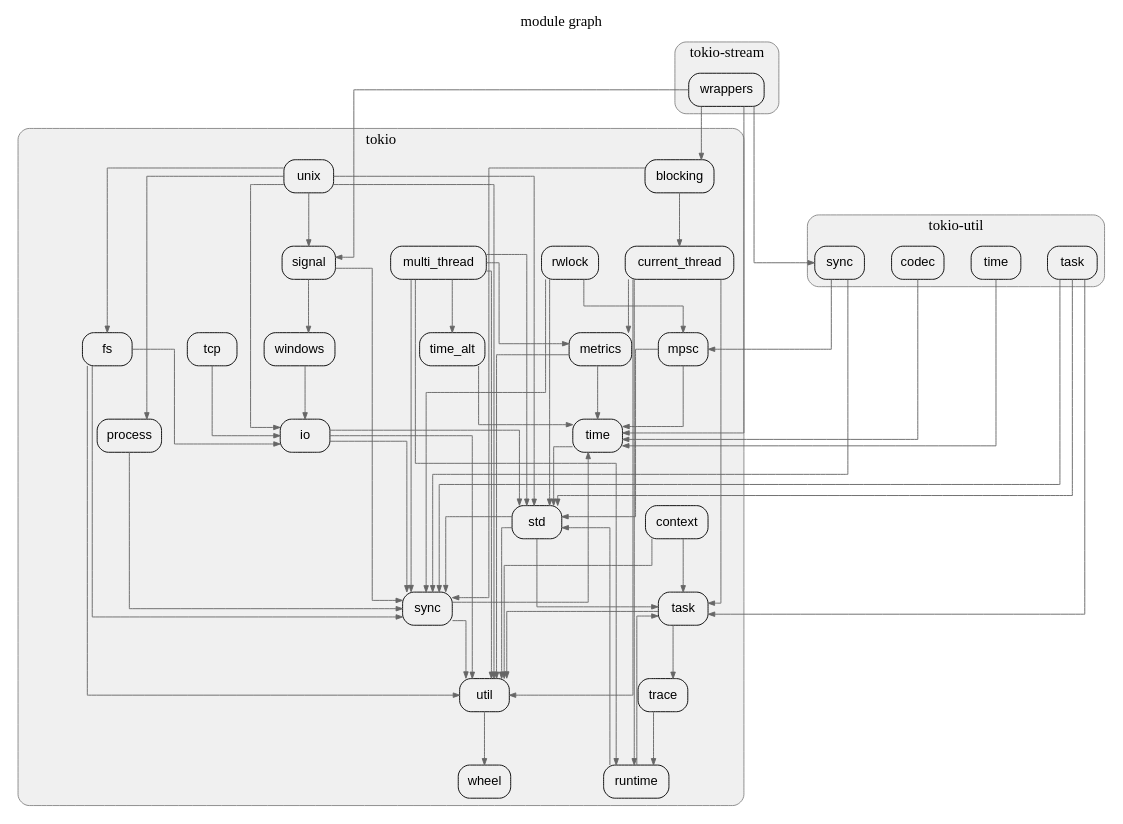
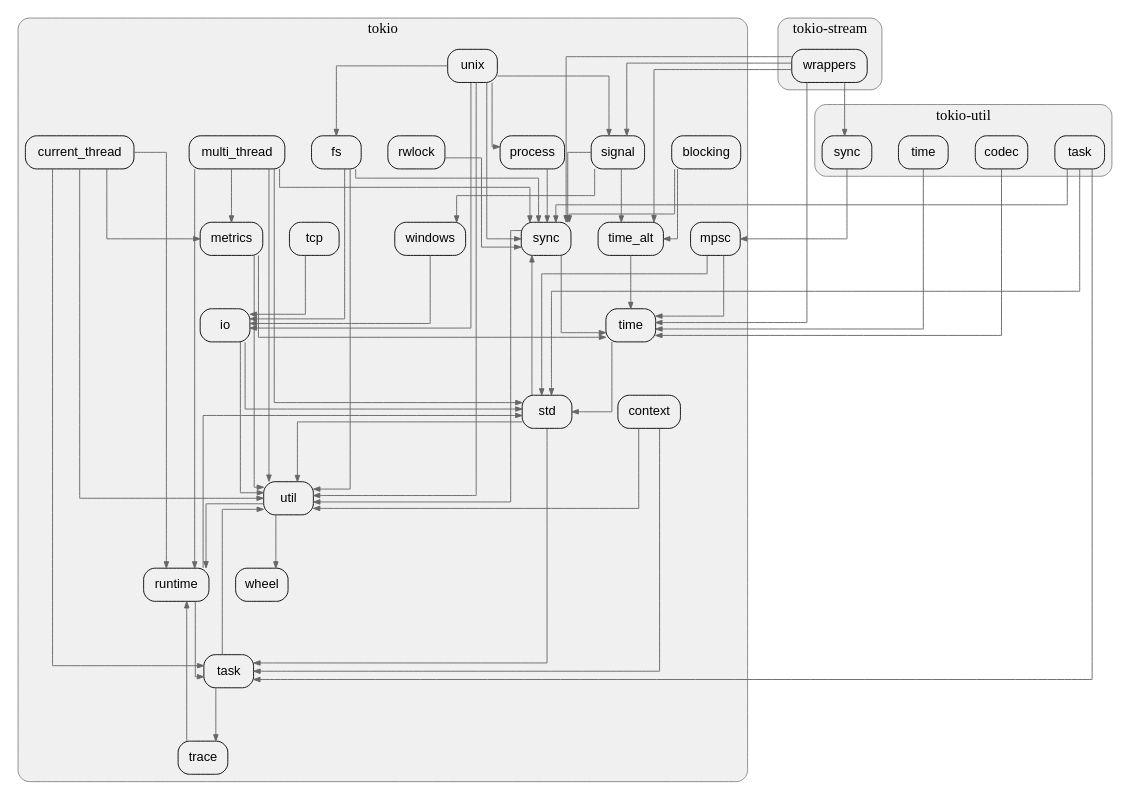
One commit to allenanswerzq/llmcc changed the diagram in sample/tokio-pagerank/depth_2_module.dot. Above: the diagram before and after it, drawn with Graphviz. The commit also changed 242 other files, not shown here.

```diff
--- a/sample/tokio-pagerank/depth_2_module.dot
+++ b/sample/tokio-pagerank/depth_2_module.dot
@@ -1,135 +1,132 @@
 digraph architecture {
   // Layout settings
   rankdir=TB;
   ranksep=0.8;
   nodesep=0.4;
   splines=ortho;
   concentrate=true;
 
   node [shape=box, style="rounded,filled", fillcolor="#f0f0f0", fontname="Helvetica"];
   edge [color="#666666", arrowsize=0.7];
 
-  label="module graph";
   labelloc=t;
   fontsize=16;
   fontname="Helvetica Bold";
 
   subgraph cluster_tokio {
     label="tokio";
     style=rounded;
     color="#888888";
     bgcolor="#f0f0f0";
     fontname="Helvetica Bold";
 
     mod_tokio_blocking[label="blocking"];
     mod_tokio_context[label="context"];
     mod_tokio_current_thread[label="current_thread"];
     mod_tokio_fs[label="fs"];
     mod_tokio_io[label="io"];
     mod_tokio_metrics[label="metrics"];
     mod_tokio_mpsc[label="mpsc"];
     mod_tokio_multi_thread[label="multi_thread"];
     mod_tokio_process[label="process"];
     mod_tokio_runtime[label="runtime"];
     mod_tokio_rwlock[label="rwlock"];
     mod_tokio_signal[label="signal"];
     mod_tokio_std[label="std"];
     mod_tokio_sync[label="sync"];
     mod_tokio_task[label="task"];
     mod_tokio_tcp[label="tcp"];
     mod_tokio_time[label="time"];
     mod_tokio_time_alt[label="time_alt"];
     mod_tokio_trace[label="trace"];
     mod_tokio_unix[label="unix"];
     mod_tokio_util[label="util"];
     mod_tokio_wheel[label="wheel"];
     mod_tokio_windows[label="windows"];
   }
 
   subgraph cluster_tokio_stream {
     label="tokio-stream";
     style=rounded;
     color="#888888";
     bgcolor="#f0f0f0";
     fontname="Helvetica Bold";
 
     mod_tokio_stream_wrappers[label="wrappers"];
   }
 
   subgraph cluster_tokio_util {
     label="tokio-util";
     style=rounded;
     color="#888888";
     bgcolor="#f0f0f0";
     fontname="Helvetica Bold";
 
     mod_tokio_util_codec[label="codec"];
     mod_tokio_util_sync[label="sync"];
     mod_tokio_util_task[label="task"];
     mod_tokio_util_time[label="time"];
   }
 
 
-  mod_tokio_blocking -> mod_tokio_current_thread;
   mod_tokio_blocking -> mod_tokio_sync;
+  mod_tokio_blocking -> mod_tokio_time_alt;
   mod_tokio_context -> mod_tokio_task;
   mod_tokio_context -> mod_tokio_util;
   mod_tokio_current_thread -> mod_tokio_metrics;
   mod_tokio_current_thread -> mod_tokio_runtime;
   mod_tokio_current_thread -> mod_tokio_task;
   mod_tokio_current_thread -> mod_tokio_util;
   mod_tokio_fs -> mod_tokio_io;
   mod_tokio_fs -> mod_tokio_sync;
   mod_tokio_fs -> mod_tokio_util;
   mod_tokio_io -> mod_tokio_std;
-  mod_tokio_io -> mod_tokio_sync;
   mod_tokio_io -> mod_tokio_util;
   mod_tokio_metrics -> mod_tokio_time;
   mod_tokio_metrics -> mod_tokio_util;
   mod_tokio_mpsc -> mod_tokio_std;
   mod_tokio_mpsc -> mod_tokio_time;
   mod_tokio_multi_thread -> mod_tokio_metrics;
   mod_tokio_multi_thread -> mod_tokio_runtime;
   mod_tokio_multi_thread -> mod_tokio_std;
   mod_tokio_multi_thread -> mod_tokio_sync;
-  mod_tokio_multi_thread -> mod_tokio_time_alt;
   mod_tokio_multi_thread -> mod_tokio_util;
   mod_tokio_process -> mod_tokio_sync;
   mod_tokio_runtime -> mod_tokio_std;
   mod_tokio_runtime -> mod_tokio_task;
-  mod_tokio_rwlock -> mod_tokio_mpsc;
-  mod_tokio_rwlock -> mod_tokio_std;
   mod_tokio_rwlock -> mod_tokio_sync;
   mod_tokio_signal -> mod_tokio_sync;
+  mod_tokio_signal -> mod_tokio_time_alt;
   mod_tokio_signal -> mod_tokio_windows;
   mod_tokio_std -> mod_tokio_sync;
   mod_tokio_std -> mod_tokio_task;
   mod_tokio_std -> mod_tokio_util;
-  mod_tokio_stream_wrappers -> mod_tokio_blocking;
   mod_tokio_stream_wrappers -> mod_tokio_signal;
+  mod_tokio_stream_wrappers -> mod_tokio_sync;
   mod_tokio_stream_wrappers -> mod_tokio_time;
+  mod_tokio_stream_wrappers -> mod_tokio_time_alt;
   mod_tokio_stream_wrappers -> mod_tokio_util_sync;
   mod_tokio_sync -> mod_tokio_time;
   mod_tokio_sync -> mod_tokio_util;
   mod_tokio_task -> mod_tokio_trace;
   mod_tokio_task -> mod_tokio_util;
   mod_tokio_tcp -> mod_tokio_io;
   mod_tokio_time -> mod_tokio_std;
   mod_tokio_time_alt -> mod_tokio_time;
   mod_tokio_trace -> mod_tokio_runtime;
   mod_tokio_unix -> mod_tokio_fs;
   mod_tokio_unix -> mod_tokio_io;
   mod_tokio_unix -> mod_tokio_process;
   mod_tokio_unix -> mod_tokio_signal;
-  mod_tokio_unix -> mod_tokio_std;
+  mod_tokio_unix -> mod_tokio_sync;
   mod_tokio_unix -> mod_tokio_util;
+  mod_tokio_util -> mod_tokio_runtime;
   mod_tokio_util -> mod_tokio_wheel;
   mod_tokio_util_codec -> mod_tokio_time;
   mod_tokio_util_sync -> mod_tokio_mpsc;
-  mod_tokio_util_sync -> mod_tokio_sync;
   mod_tokio_util_task -> mod_tokio_std;
   mod_tokio_util_task -> mod_tokio_sync;
   mod_tokio_util_task -> mod_tokio_task;
   mod_tokio_util_time -> mod_tokio_time;
   mod_tokio_windows -> mod_tokio_io;
 }
```
